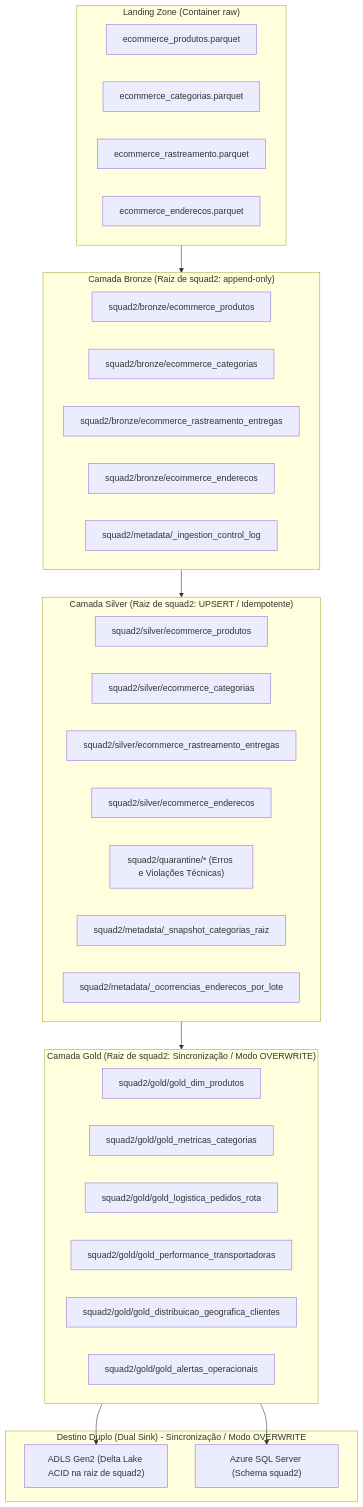
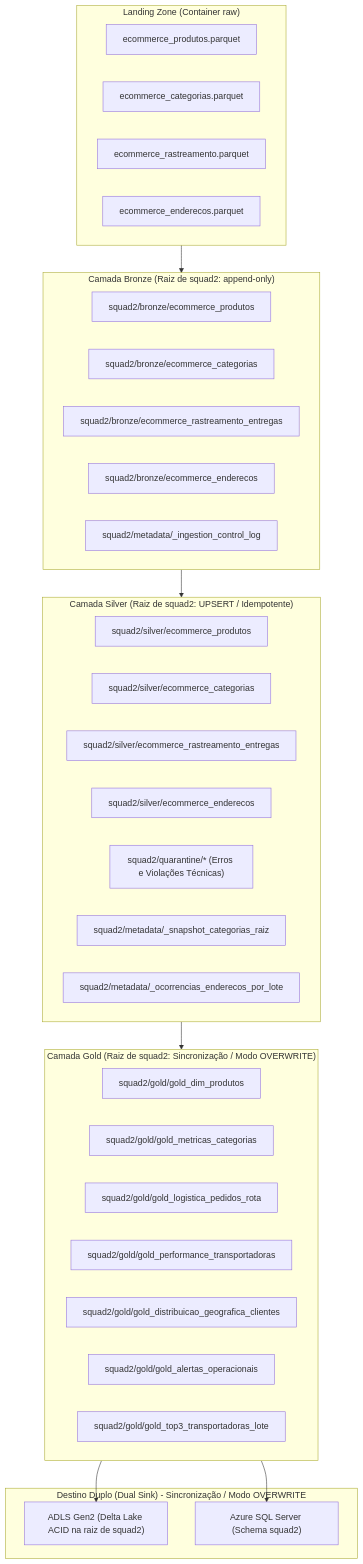
One commit to GeovanyADCancio/estagio-empregadados-turma-2 changed the first of 2 diagrams in squad2/README.md. Above: the diagram before and after it, drawn with Mermaid. The commit also changed other lines of this file and 2 other files, not shown here.

Commit message:
feat(gold): adicionar top 3 transportadoras por micro-lote (negocio 9 de rastreamento)

````diff
--- a/squad2/README.md
+++ b/squad2/README.md
@@ -35,47 +35,48 @@
 ```mermaid
 flowchart TD
     subgraph RAW ["Landing Zone (Container raw)"]
         R1["ecommerce_produtos.parquet"]
         R2["ecommerce_categorias.parquet"]
         R3["ecommerce_rastreamento.parquet"]
         R4["ecommerce_enderecos.parquet"]
     end
 
     subgraph BRONZE ["Camada Bronze (Raiz de squad2: append-only)"]
         B1["squad2/bronze/ecommerce_produtos"]
         B2["squad2/bronze/ecommerce_categorias"]
         B3["squad2/bronze/ecommerce_rastreamento_entregas"]
         B4["squad2/bronze/ecommerce_enderecos"]
         B_CTRL["squad2/metadata/_ingestion_control_log"]
     end
 
     subgraph SILVER ["Camada Silver (Raiz de squad2: UPSERT / Idempotente)"]
         S1["squad2/silver/ecommerce_produtos"]
         S2["squad2/silver/ecommerce_categorias"]
         S3["squad2/silver/ecommerce_rastreamento_entregas"]
         S4["squad2/silver/ecommerce_enderecos"]
         Q["squad2/quarantine/* (Erros e Violações Técnicas)"]
         M1["squad2/metadata/_snapshot_categorias_raiz"]
         M2["squad2/metadata/_ocorrencias_enderecos_por_lote"]
     end
 
     subgraph GOLD ["Camada Gold (Raiz de squad2: Sincronização / Modo OVERWRITE)"]
         G1["squad2/gold/gold_dim_produtos"]
         G2["squad2/gold/gold_metricas_categorias"]
         G3["squad2/gold/gold_logistica_pedidos_rota"]
         G4["squad2/gold/gold_performance_transportadoras"]
         G5["squad2/gold/gold_distribuicao_geografica_clientes"]
         G6["squad2/gold/gold_alertas_operacionais"]
+        G7["squad2/gold/gold_top3_transportadoras_lote"]
     end
 
     subgraph DESTINOS ["Destino Duplo (Dual Sink) - Sincronização / Modo OVERWRITE"]
         D_LAKE["ADLS Gen2 (Delta Lake ACID na raiz de squad2)"]
         D_SQL["Azure SQL Server (Schema squad2)"]
     end
 
     RAW --> BRONZE
     BRONZE --> SILVER
     SILVER --> GOLD
     GOLD --> D_LAKE
     GOLD --> D_SQL
 ```
````
